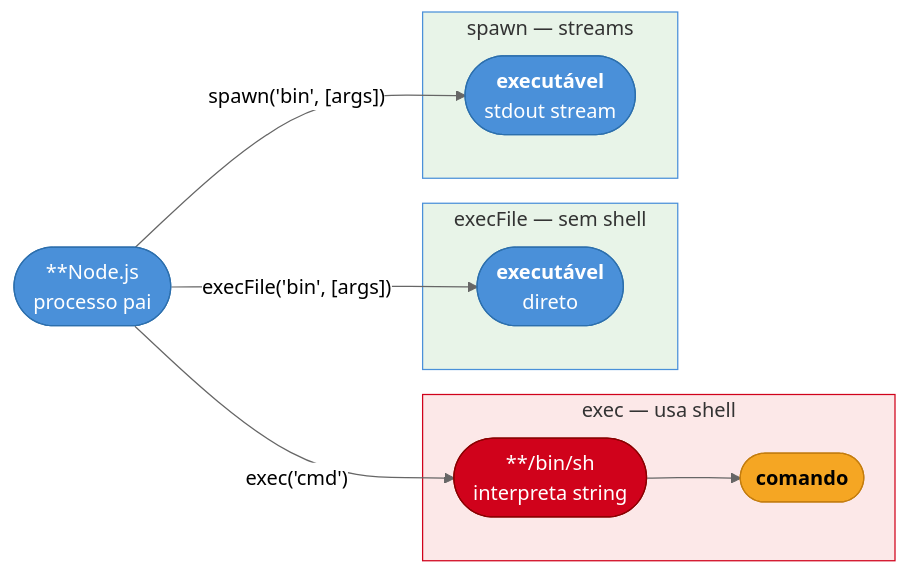
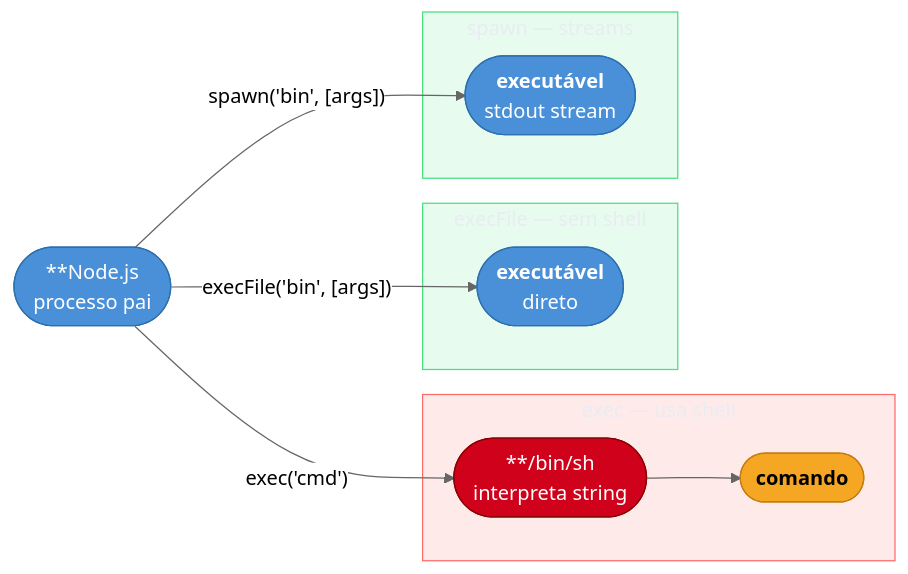
One commit to josenaldo/codex-technomanticus changed the diagram in 03-Dominios/Tecnologia/Node/Paralelismo/08 - child_process com exec e spawn.md. Above: the diagram before and after it, drawn with Mermaid (neutral theme). The commit also changed 1181 other files, not shown here.

First line of the commit message:
fix(diagramas): paleta do sistema no lugar de cor cravada no markdown

````diff
--- a/03-Dominios/Tecnologia/Node/Paralelismo/08 - child_process com exec e spawn.md
+++ b/03-Dominios/Tecnologia/Node/Paralelismo/08 - child_process com exec e spawn.md
@@ -32,33 +32,35 @@
 ```mermaid
 flowchart LR
+    classDef falha fill:#FF6B6B24,stroke:#FF6B6B,color:#E9ECF2
+    classDef ok fill:#4ADE8021,stroke:#4ADE80,color:#E9ECF2
+    classDef parent fill:#4A90D9,color:#fff,stroke:#2c6fad
+    classDef shell fill:#D0021B,color:#fff,stroke:#8b0000
+    classDef cmd fill:#F5A623,color:#000,stroke:#c47d0e
+    classDef safe fill:#4A90D9,color:#fff,stroke:#2c6fad
     A(["`**Node.js
     processo pai`"]):::parent
 
     subgraph exec["exec — usa shell"]
         B(["`**/bin/sh
         interpreta string`"]):::shell
         C(["`**comando**`"]):::cmd
     end
 
     subgraph execFile["execFile — sem shell"]
         D(["`**executável**
         direto`"]):::safe
     end
 
     subgraph spawnBox["spawn — streams"]
         E(["`**executável**
         stdout stream`"]):::safe
     end
 
     A -- "exec('cmd')" --> B --> C
     A -- "execFile('bin', [args])" --> D
     A -- "spawn('bin', [args])" --> E
 
-    style exec fill:#fce8e8,stroke:#D0021B
-    style execFile fill:#e8f4e8,stroke:#4A90D9
-    style spawnBox fill:#e8f4e8,stroke:#4A90D9
-    classDef parent fill:#4A90D9,color:#fff,stroke:#2c6fad
-    classDef shell fill:#D0021B,color:#fff,stroke:#8b0000
-    classDef cmd fill:#F5A623,color:#000,stroke:#c47d0e
-    classDef safe fill:#4A90D9,color:#fff,stroke:#2c6fad
+    class exec falha
+    class execFile ok
+    class spawnBox ok
 ```
````
